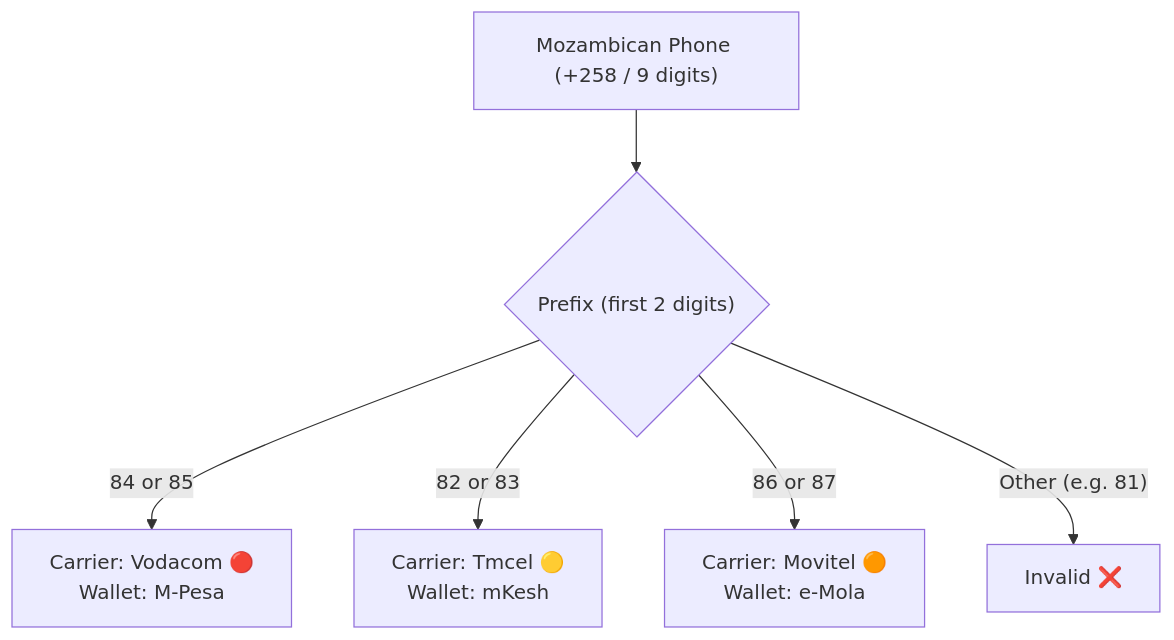
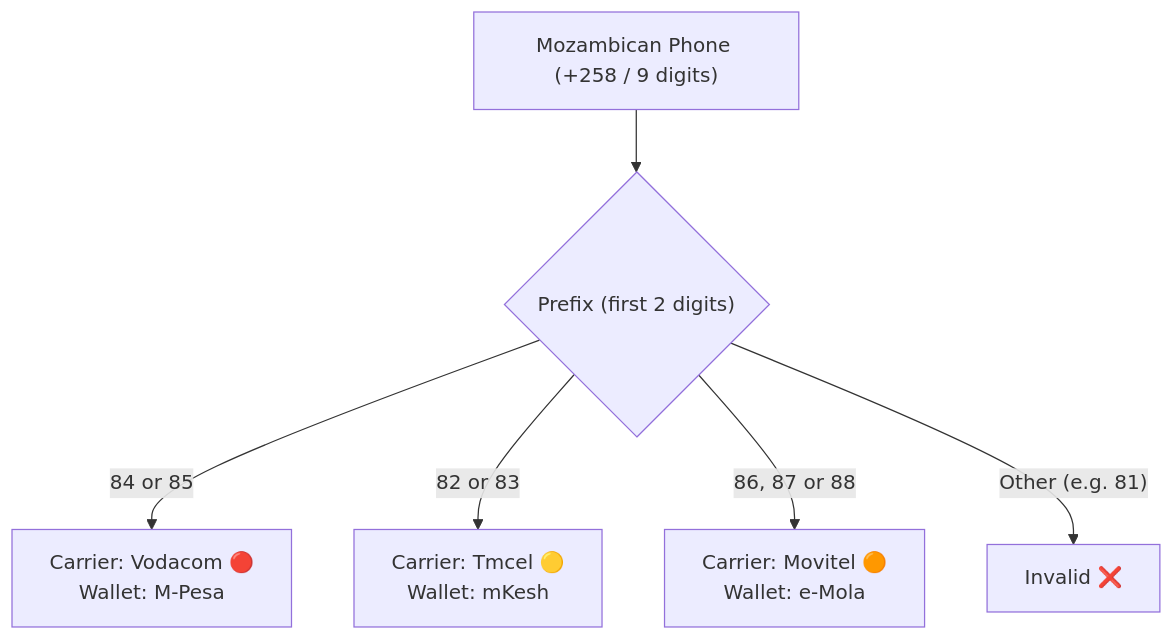
Before and after one commit to iradoweck/moz-utils: the diagram in website/public/docs/phones.en.md, drawn with Mermaid. The commit also changed 1 other file, not shown here.

Commit message:
docs: add documentation for phone validation and utilities in English and Portuguese

````diff
--- a/website/public/docs/phones.en.md
+++ b/website/public/docs/phones.en.md
@@ -11,8 +11,8 @@
 ```mermaid
 flowchart TD
     Phone["Mozambican Phone (+258 / 9 digits)"] --> CheckPrefix{"Prefix (first 2 digits)"}
     CheckPrefix -- "84 or 85" --> Vodacom["Carrier: Vodacom 🔴<br/>Wallet: M-Pesa"]
     CheckPrefix -- "82 or 83" --> Tmcel["Carrier: Tmcel 🟡<br/>Wallet: mKesh"]
-    CheckPrefix -- "86 or 87" --> Movitel["Carrier: Movitel 🟠<br/>Wallet: e-Mola"]
+    CheckPrefix -- "86, 87 or 88" --> Movitel["Carrier: Movitel 🟠<br/>Wallet: e-Mola"]
     CheckPrefix -- "Other (e.g. 81)" --> Invalid["Invalid ❌"]
 ```
````
